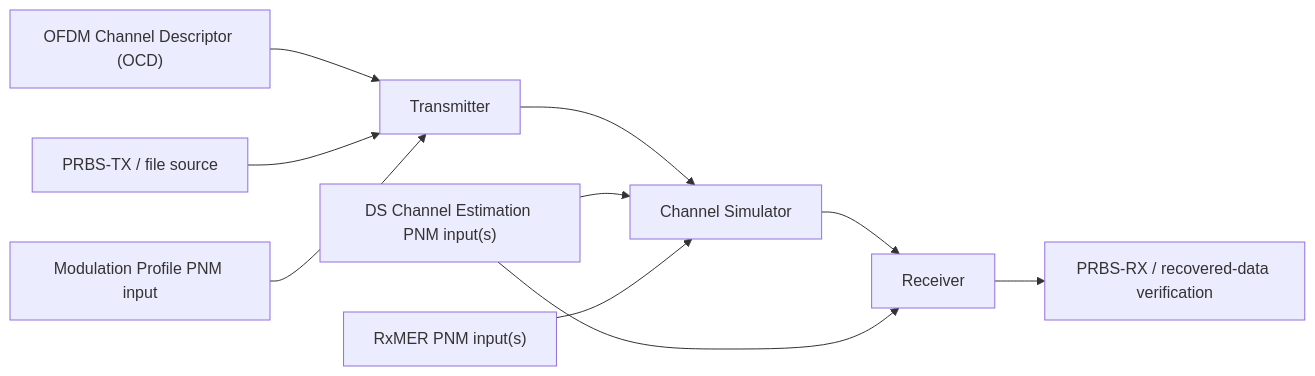
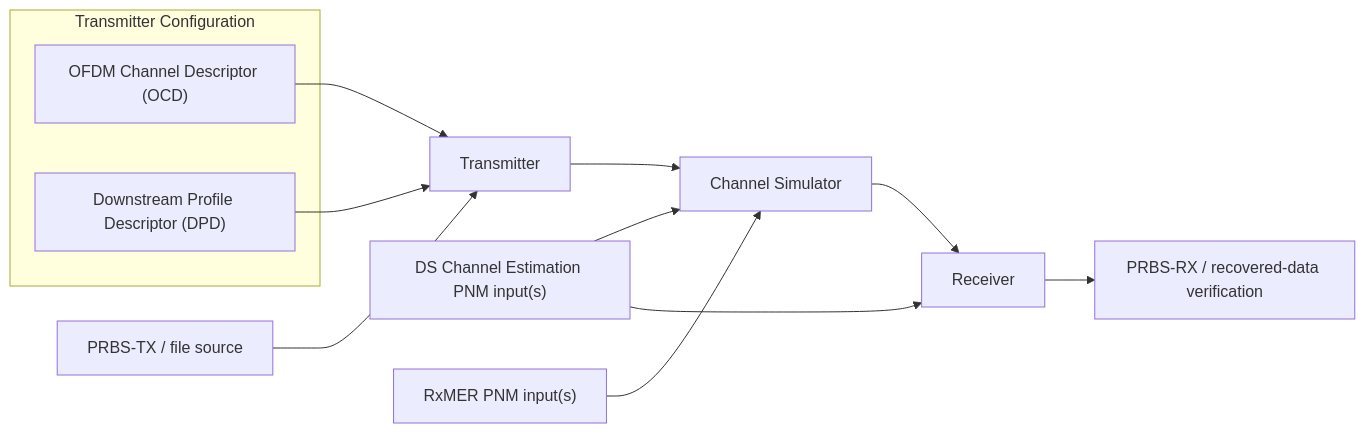
One commit to mgarcia01752/merlin changed the first of 3 diagrams in docs/architecture.md. Above: the diagram before and after it, drawn with Mermaid. The commit also changed other lines of this file and 9 other files, not shown here.

````diff
--- a/docs/architecture.md
+++ b/docs/architecture.md
@@ -177,11 +177,15 @@
 ```mermaid
 flowchart LR
-    SETTINGS["OFDM Channel Descriptor (OCD)"] --> TX["Transmitter"]
+    subgraph TXCONFIG["Transmitter Configuration"]
+        SETTINGS["OFDM Channel Descriptor (OCD)"]
+        PROFILE["Downstream Profile Descriptor (DPD)"]
+    end
+    SETTINGS --> TX["Transmitter"]
     SOURCE["PRBS-TX / file source"] --> TX
-    PROFILE["Modulation Profile PNM input"] --> TX
+    PROFILE --> TX
     TX --> CHANNEL["Channel Simulator"] --> RX["Receiver"]
     CE["DS Channel Estimation PNM input(s)"] --> CHANNEL
     CE --> RX
     MER["RxMER PNM input(s)"] --> CHANNEL
     RX --> VERIFY["PRBS-RX / recovered-data verification"]
 ```
````
